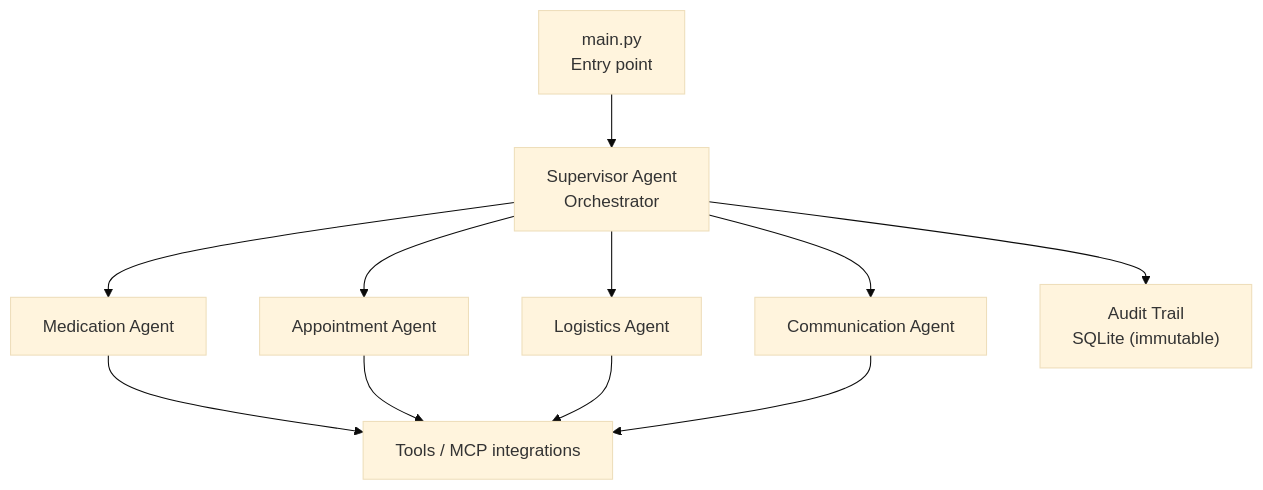
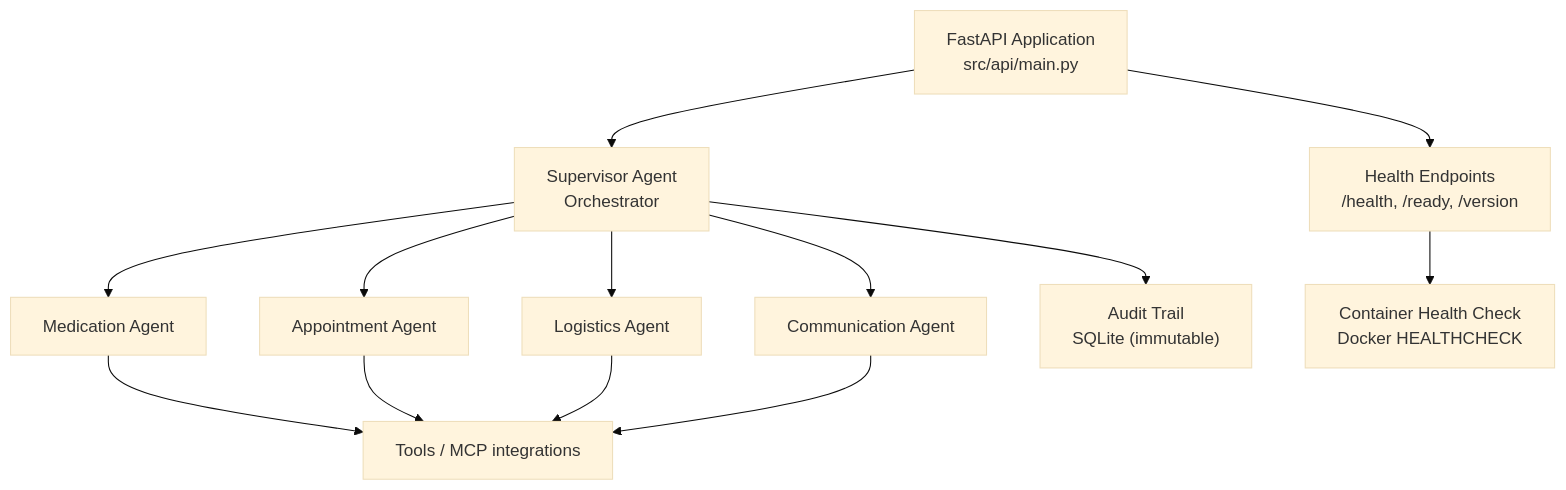
The first of 4 diagrams in .qoder/repowiki/en/content/Deployment Guide.md (infamous-rebel/CareBridge), drawn with Mermaid (base theme) before and after one commit. The commit also changed other lines of this file and 12 other files, not shown here.

````diff
--- a/.qoder/repowiki/en/content/Deployment Guide.md
+++ b/.qoder/repowiki/en/content/Deployment Guide.md
@@ -40,13 +55,15 @@
 ```mermaid
 graph TB
-A["main.py<br/>Entry point"] --> B["Supervisor Agent<br/>Orchestrator"]
-B --> C["Medication Agent"]
-B --> D["Appointment Agent"]
-B --> E["Logistics Agent"]
-B --> F["Communication Agent"]
-B --> G["Audit Trail<br/>SQLite (immutable)"]
-C --> H["Tools / MCP integrations"]
-D --> H
-E --> H
-F --> H
+A["FastAPI Application<br/>src/api/main.py"] --> B["Health Endpoints<br/>/health, /ready, /version"]
+A --> C["Supervisor Agent<br/>Orchestrator"]
+C --> D["Medication Agent"]
+C --> E["Appointment Agent"]
+C --> F["Logistics Agent"]
+C --> G["Communication Agent"]
+C --> H["Audit Trail<br/>SQLite (immutable)"]
+D --> I["Tools / MCP integrations"]
+E --> I
+F --> I
+G --> I
+B --> J["Container Health Check<br/>Docker HEALTHCHECK"]
 ```
````
